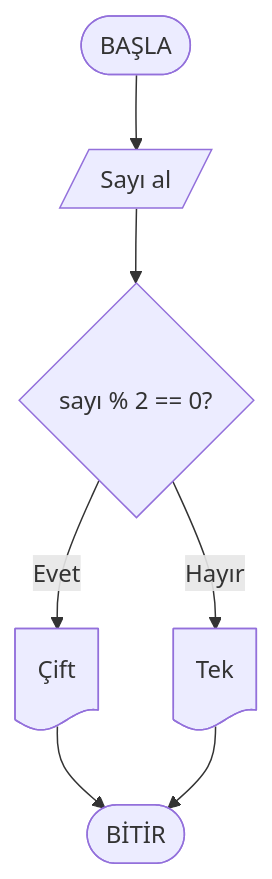
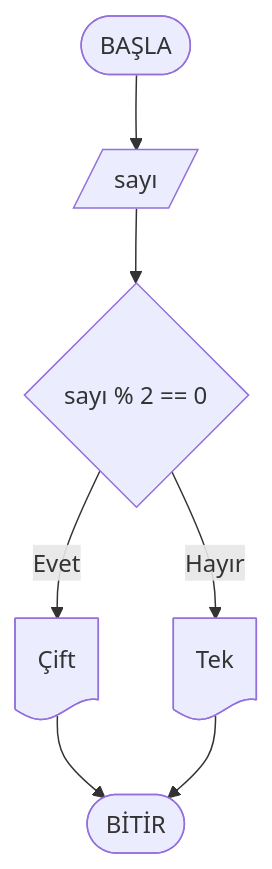
Before and after one commit to ibrahimayaz/Algoritma-ve-Programlamaya-Giris-2025: the second of 10 diagrams in Hafta02/ders_icerik.md, drawn with Mermaid. The commit also changed other lines of this file, not shown here.

````diff
--- a/Hafta02/ders_icerik.md
+++ b/Hafta02/ders_icerik.md
@@ -376,6 +376,6 @@
 ```mermaid
 flowchart TD
-  start([BAŞLA]) --> input[/Sayı al/] --> dec{sayı % 2 == 0?}
+  start([BAŞLA]) --> input[/sayı/] --> dec{sayı % 2 == 0}
   dec -- Evet --> even@{ shape: doc, label: "Çift" } --> endNode([BİTİR])
   dec -- Hayır --> odd@{ shape: doc, label: "Tek" } --> endNode
 ```
````
